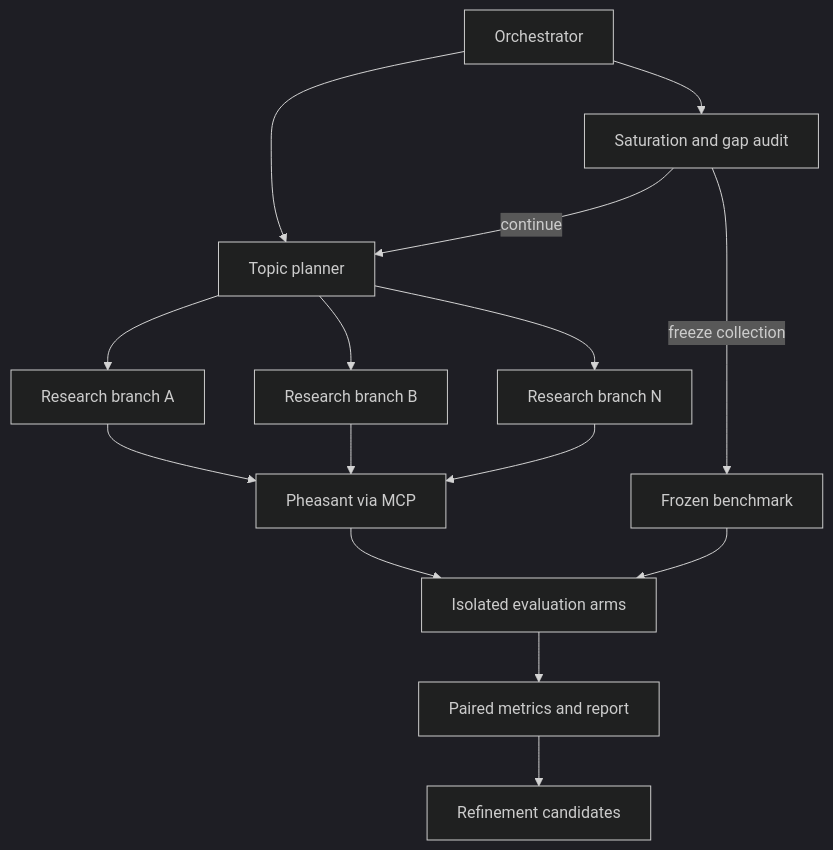
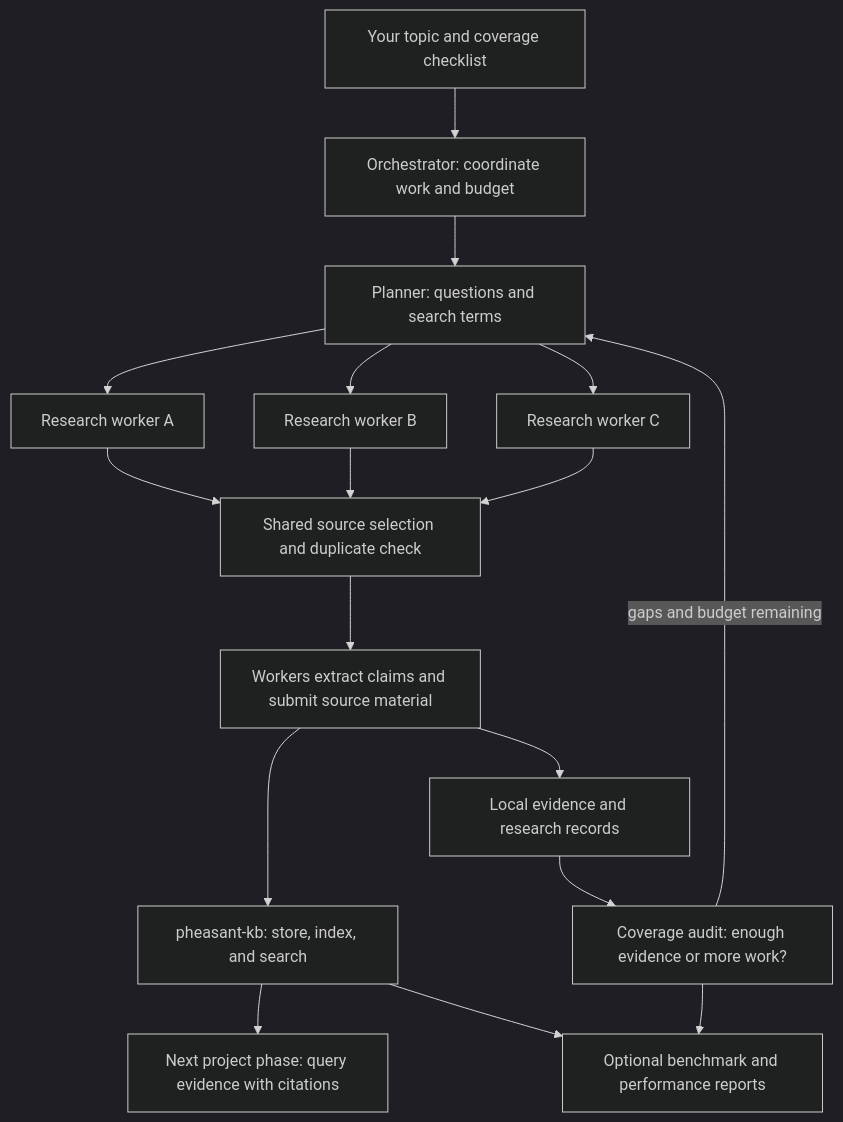
The diagram in README.md (esatt10/pheasant-swarm-search), drawn with Mermaid (dark theme) before and after one commit. The commit also changed other lines of this file and 10 other files, not shown here.

````diff
--- a/README.md
+++ b/README.md
@@ -74,17 +20,19 @@
 ```mermaid
 flowchart TD
-    O["Orchestrator"] --> P["Topic planner"]
-    P --> R1["Research branch A"]
-    P --> R2["Research branch B"]
-    P --> RN["Research branch N"]
-    R1 --> K["Pheasant via MCP"]
-    R2 --> K
-    RN --> K
-    O --> S["Saturation and gap audit"]
-    S -->|continue| P
-    S -->|freeze collection| Q["Frozen benchmark"]
-    Q --> E["Isolated evaluation arms"]
+    T["Your topic and coverage checklist"] --> O["Orchestrator: coordinate work and budget"]
+    O --> P["Planner: questions and search terms"]
+    P --> A["Research worker A"]
+    P --> B["Research worker B"]
+    P --> C["Research worker C"]
+    A --> D["Shared source selection and duplicate check"]
+    B --> D
+    C --> D
+    D --> X["Workers extract claims and submit source material"]
+    X --> K["pheasant-kb: store, index, and search"]
+    X --> R["Local evidence and research records"]
+    R --> U["Coverage audit: enough evidence or more work?"]
+    U -->|"gaps and budget remaining"| P
+    K --> N["Next project phase: query evidence with citations"]
+    U --> E["Optional benchmark and performance reports"]
     K --> E
-    E --> M["Paired metrics and report"]
-    M --> F["Refinement candidates"]
 ```
````
